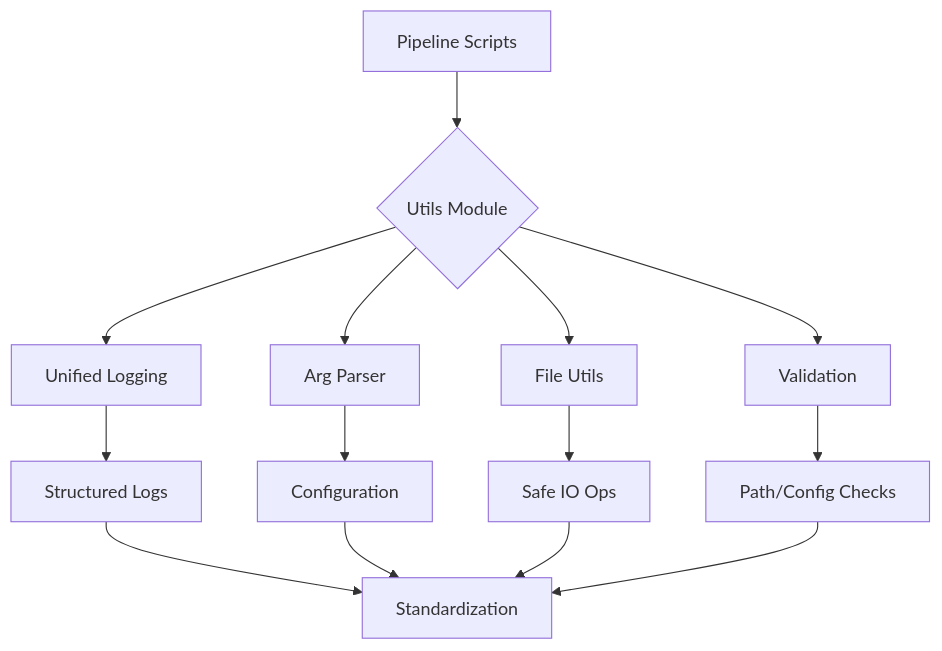
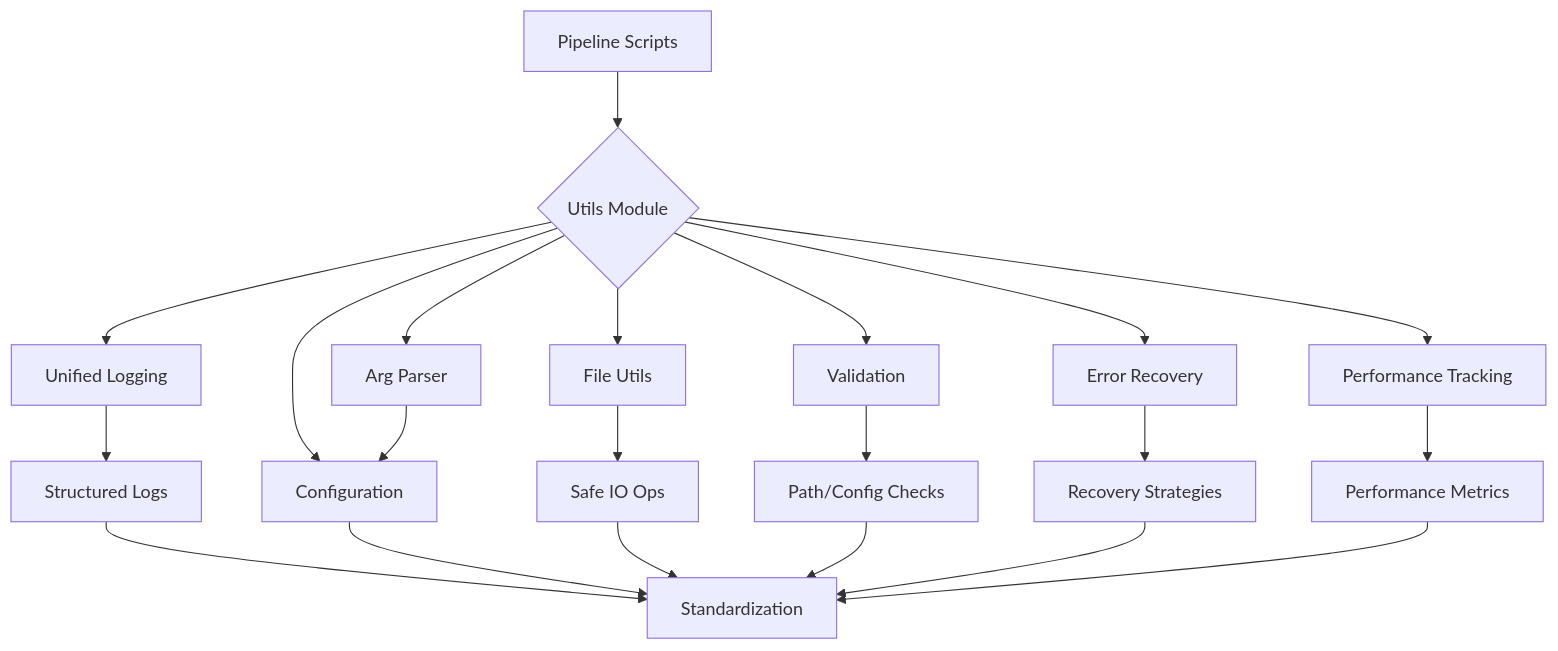
The first of 3 diagrams in src/utils/README.md (ActiveInferenceInstitute/GeneralizedNotationNotation), drawn with Mermaid before and after one commit. The commit also changed other lines of this file and 259 other files, not shown here.

````diff
--- a/src/utils/README.md
+++ b/src/utils/README.md
@@ -21,16 +21,21 @@
 ```mermaid
 graph TD
     Pipeline[Pipeline Scripts] --> Utils{Utils Module}
     
     Utils --> Log[Unified Logging]
     Utils --> Args[Arg Parser]
     Utils --> Files[File Utils]
     Utils --> Valid[Validation]
+    Utils --> Config[Configuration]
+    Utils --> Error[Error Recovery]
+    Utils --> Perf[Performance Tracking]
     
     Log --> StructLog[Structured Logs]
     Args --> Config[Configuration]
     Files --> IOSafe[Safe IO Ops]
     Valid --> Checks[Path/Config Checks]
+    Error --> Recovery[Recovery Strategies]
+    Perf --> Metrics[Performance Metrics]
     
-    StructLog & Config & IOSafe & Checks --> Standard[Standardization]
+    StructLog & Config & IOSafe & Checks & Recovery & Metrics --> Standard[Standardization]
 ```
````
